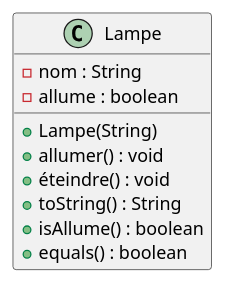
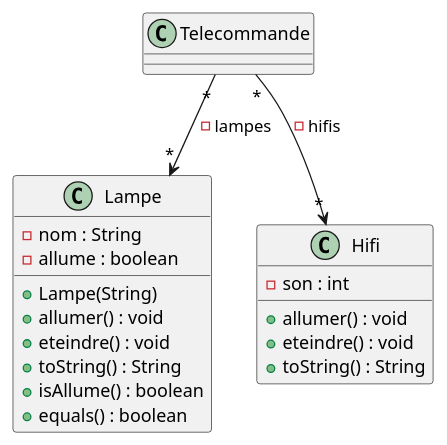
One commit to alannMonnier/2023_domotique_monnierb2u_segard6u changed the diagram in domotique/domotique.puml. Above: the diagram before and after it, drawn with PlantUML.

Commit message:
ajout shéma UML

```diff
--- a/domotique/domotique.puml
+++ b/domotique/domotique.puml
@@ -1,14 +1,22 @@
 @startuml
 '''classes
 class Lampe{
 -nom : String
 -allume : boolean
 +Lampe(String)
 +allumer() : void
-+éteindre() : void
++eteindre() : void
 +toString() : String
 +isAllume() : boolean
 +equals() : boolean
 }
+class Hifi{
+-son : int
++allumer() : void
++eteindre() : void
++toString() : String
+}
 '''relations
+Telecommande "*" --> "*"Lampe : -lampes
+Telecommande "*" --> "*"Hifi : -hifis
 @enduml
```
